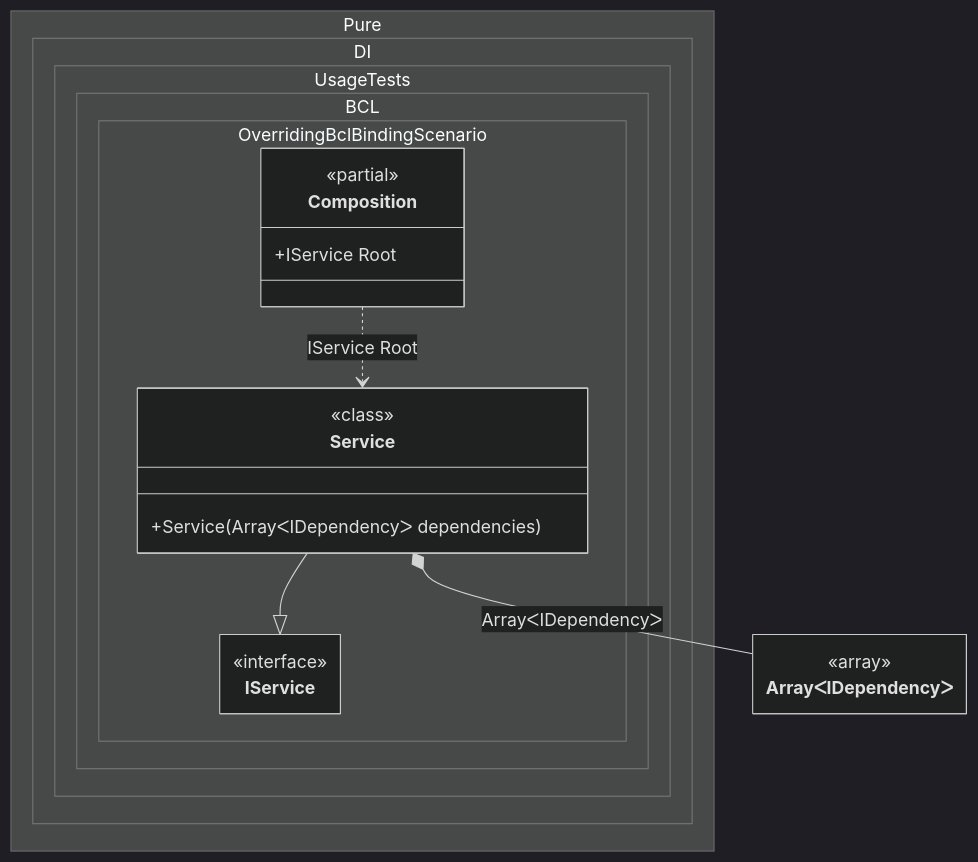
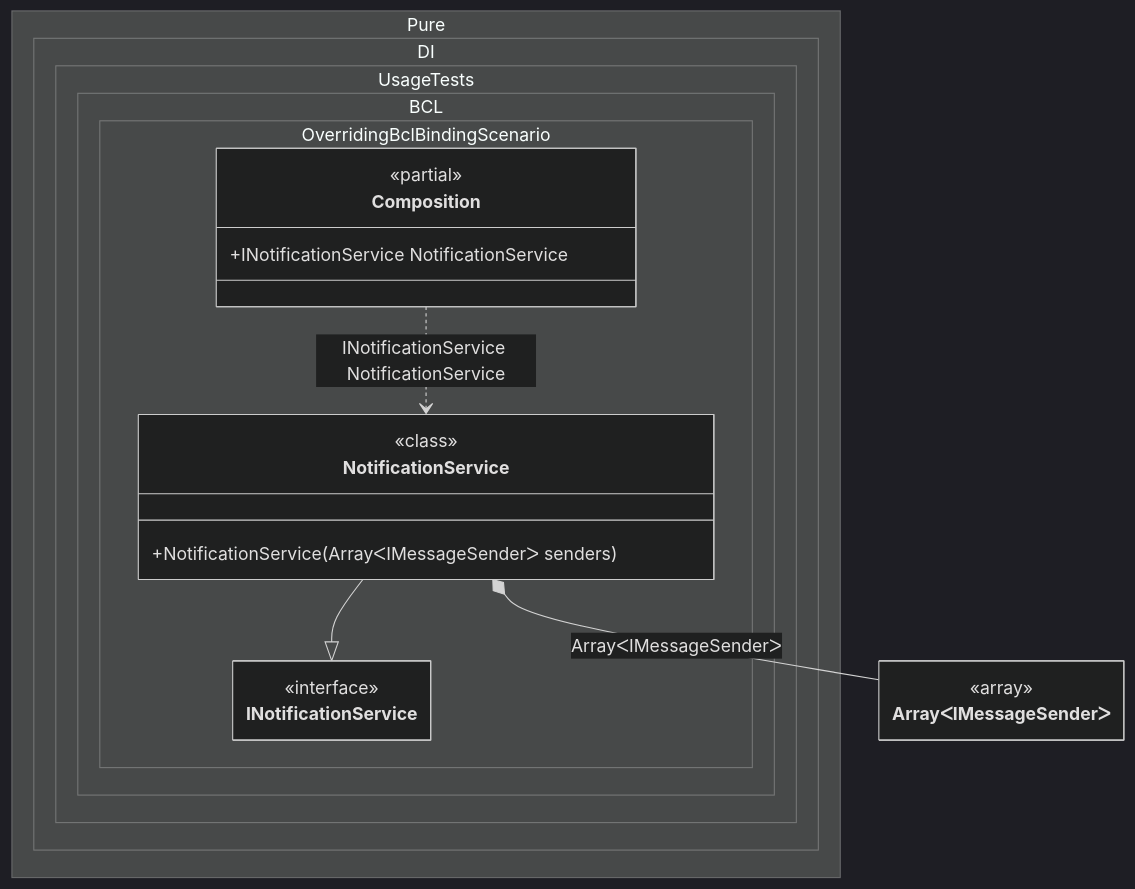
One commit to DevTeam/Pure.DI changed the diagram in readme/overriding-the-bcl-binding.md. Above: the diagram before and after it, drawn with Mermaid (dark theme). The commit also changed other lines of this file and 126 other files, not shown here.

````diff
--- a/readme/overriding-the-bcl-binding.md
+++ b/readme/overriding-the-bcl-binding.md
@@ -98,29 +98,29 @@
 ```mermaid
 ---
  config:
   maxTextSize: 2147483647
   maxEdges: 2147483647
   class:
    hideEmptyMembersBox: true
 ---
 classDiagram
-	Service --|> IService
-	Composition ..> Service : IService Root
-	Service *--  ArrayᐸIDependencyᐳ : ArrayᐸIDependencyᐳ
-	class ArrayᐸIDependencyᐳ {
+	NotificationService --|> INotificationService
+	Composition ..> NotificationService : INotificationService NotificationService
+	NotificationService *--  ArrayᐸIMessageSenderᐳ : ArrayᐸIMessageSenderᐳ
+	class ArrayᐸIMessageSenderᐳ {
 			<<array>>
 	}
 	namespace Pure.DI.UsageTests.BCL.OverridingBclBindingScenario {
 		class Composition {
 		<<partial>>
-		+IService Root
+		+INotificationService NotificationService
 		}
-		class IService {
+		class INotificationService {
 			<<interface>>
 		}
-		class Service {
+		class NotificationService {
 				<<class>>
-			+Service(ArrayᐸIDependencyᐳ dependencies)
+			+NotificationService(ArrayᐸIMessageSenderᐳ senders)
 		}
 	}
 ```
````
